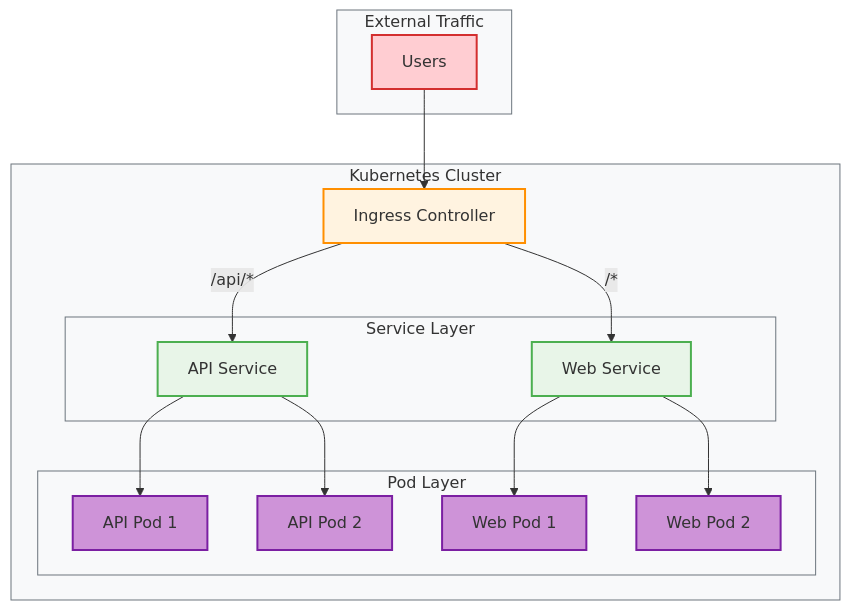
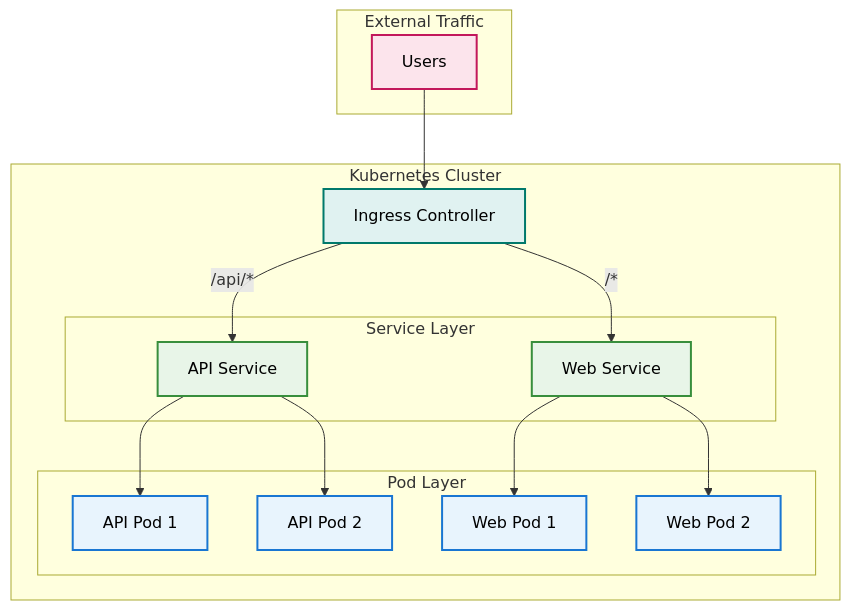
Before and after one commit to razkevich/system_design_course: the fifth of 5 diagrams in 1.3_network_and_communication/kubernetes_networking.md, drawn with Mermaid. The commit also changed other lines of this file and 1 other file, not shown here.

````diff
--- a/1.3_network_and_communication/kubernetes_networking.md
+++ b/1.3_network_and_communication/kubernetes_networking.md
@@ -302,44 +291,40 @@
 ```mermaid
 flowchart TD
     subgraph EXT ["External Traffic"]
         U["Users"]
     end
     
     subgraph CLUSTER ["Kubernetes Cluster"]
         I["Ingress Controller"]
         
         subgraph SVC ["Service Layer"]
             S1["API Service"]
             S2["Web Service"]
         end
         
         subgraph PODS ["Pod Layer"]
             P1["API Pod 1"]
             P2["API Pod 2"]
             P3["Web Pod 1"]
             P4["Web Pod 2"]
         end
     end
     
     %% Traffic flow
     U --> I
     I -->|"/api/*"| S1
     I -->|"/*"| S2
     S1 --> P1
     S1 --> P2
     S2 --> P3
     S2 --> P4
     
-    %% Styling
-    classDef userStyle fill:#ffcdd2,stroke:#d32f2f,stroke-width:2px
-    classDef ingressStyle fill:#fff3e0,stroke:#ff8f00,stroke-width:2px
-    classDef serviceStyle fill:#e8f5e8,stroke:#4caf50,stroke-width:2px
-    classDef podStyle fill:#ce93d8,stroke:#7b1fa2,stroke-width:2px
-    classDef clusterStyle fill:#f8f9fa,stroke:#6c757d,stroke-width:1px
-    
-    class U userStyle
-    class I ingressStyle
-    class S1,S2 serviceStyle
-    class P1,P2,P3,P4 podStyle
-    class CLUSTER,SVC,PODS,EXT clusterStyle
+    style U fill:#fce4ec,stroke:#c2185b,stroke-width:2px,color:#000
+    style I fill:#e0f2f1,stroke:#00796b,stroke-width:2px,color:#000
+    style S1 fill:#e8f5e8,stroke:#388e3c,stroke-width:2px,color:#000
+    style S2 fill:#e8f5e8,stroke:#388e3c,stroke-width:2px,color:#000
+    style P1 fill:#e8f4fd,stroke:#1976d2,stroke-width:2px,color:#000
+    style P2 fill:#e8f4fd,stroke:#1976d2,stroke-width:2px,color:#000
+    style P3 fill:#e8f4fd,stroke:#1976d2,stroke-width:2px,color:#000
+    style P4 fill:#e8f4fd,stroke:#1976d2,stroke-width:2px,color:#000
 ```
````
